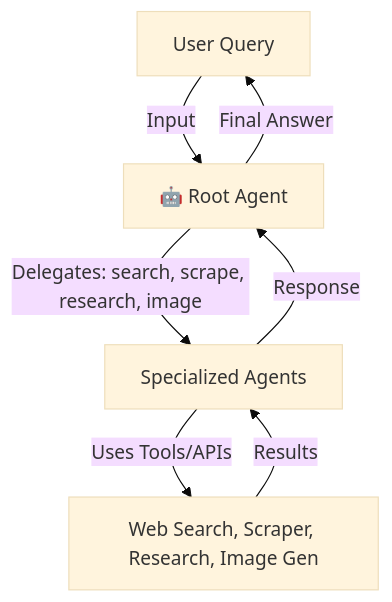
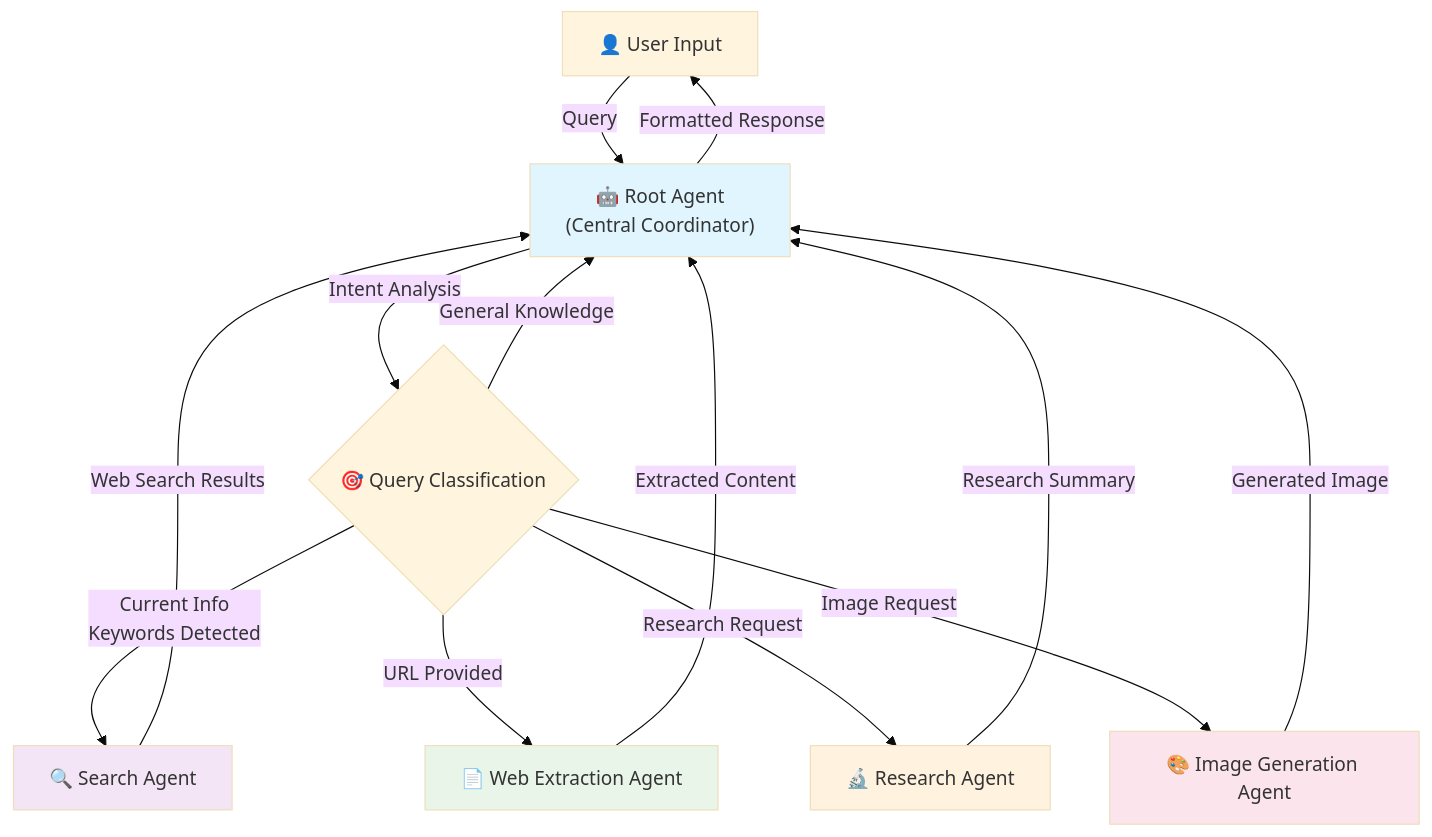
Before and after one commit to nerdy1texan/AgenticBot: the first of 5 diagrams in README.md, drawn with Mermaid (base theme). The commit also changed other lines of this file and 9 other files, not shown here.

````diff
--- a/README.md
+++ b/README.md
@@ -103,9 +175,25 @@
 ```mermaid
 flowchart TD
-    User["User Query"] -->|"Input"| RootAgent["🤖 Root Agent"]
-    RootAgent -->|"Delegates: search, scrape, research, image"| SpecializedAgents["Specialized Agents"]
-    SpecializedAgents -->|"Uses Tools/APIs"| Tools["Web Search, Scraper, Research, Image Gen"]
-    Tools -->|"Results"| SpecializedAgents
-    SpecializedAgents -->|"Response"| RootAgent
-    RootAgent -->|"Final Answer"| User
+    User["👤 User Input"] -->|"Query"| RootAgent["🤖 Root Agent<br/>(Central Coordinator)"]
+    
+    RootAgent -->|"Intent Analysis"| Decision{"🎯 Query Classification"}
+    
+    Decision -->|"Current Info<br/>Keywords Detected"| SearchAgent["🔍 Search Agent"]
+    Decision -->|"URL Provided"| WebAgent["📄 Web Extraction Agent"]
+    Decision -->|"Research Request"| ResearchAgent["🔬 Research Agent"]
+    Decision -->|"Image Request"| ImageAgent["🎨 Image Generation Agent"]
+    Decision -->|"General Knowledge"| RootAgent
+    
+    SearchAgent -->|"Web Search Results"| RootAgent
+    WebAgent -->|"Extracted Content"| RootAgent
+    ResearchAgent -->|"Research Summary"| RootAgent
+    ImageAgent -->|"Generated Image"| RootAgent
+    
+    RootAgent -->|"Formatted Response"| User
+    
+    style RootAgent fill:#e1f5fe
+    style SearchAgent fill:#f3e5f5
+    style WebAgent fill:#e8f5e8
+    style ResearchAgent fill:#fff3e0
+    style ImageAgent fill:#fce4ec
 ```
````
